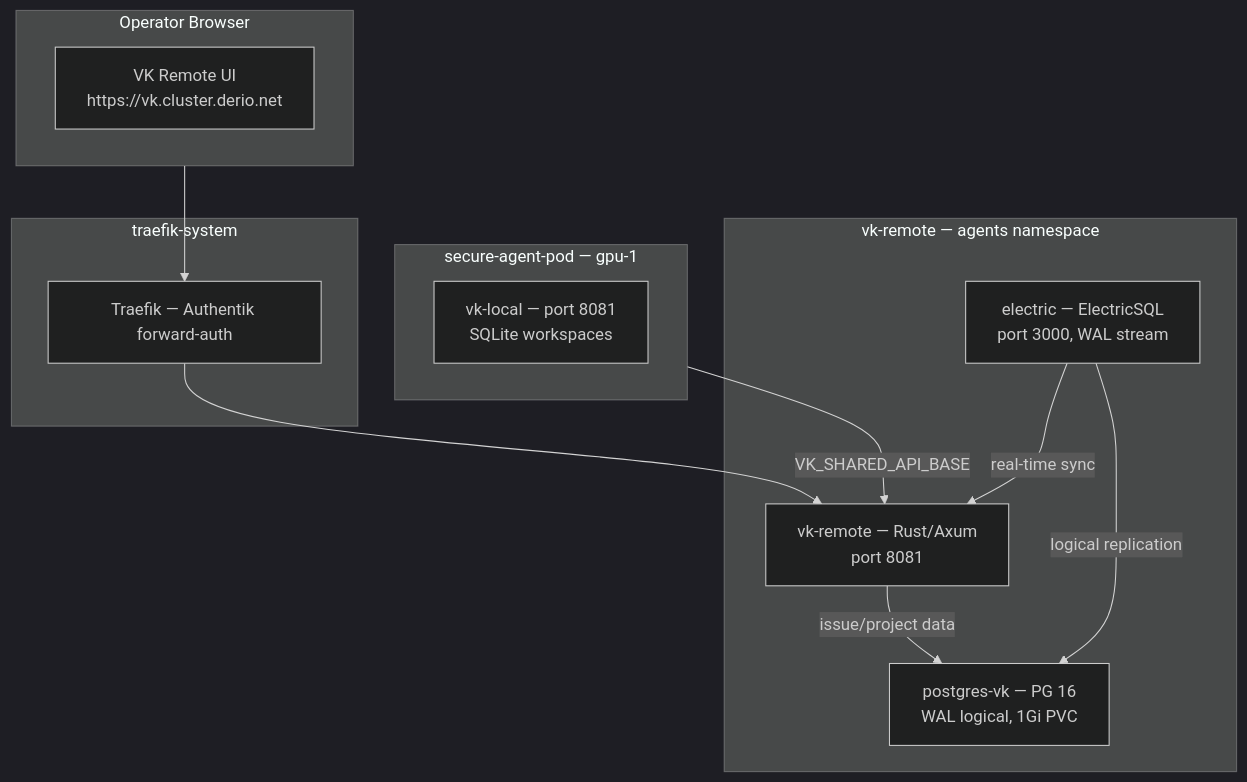
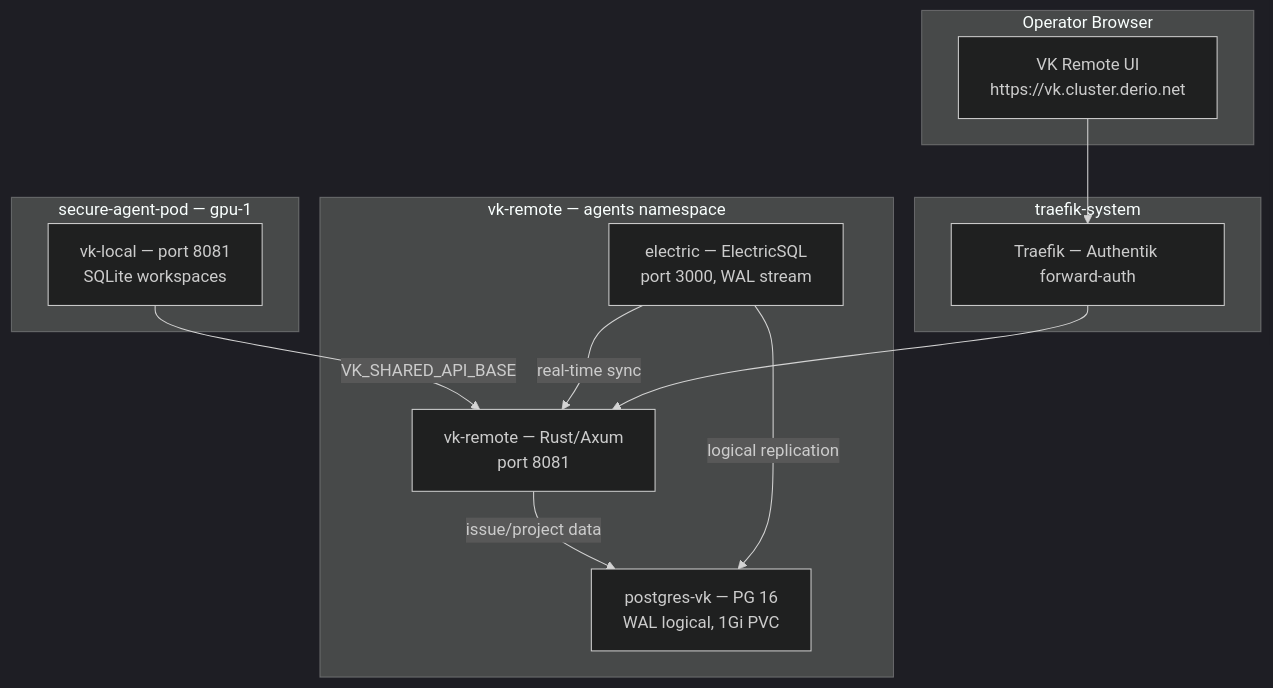
The diagram in blog/content/docs/building/26-vk-remote-self-host/index.md (derio-net/frank), drawn with Mermaid (dark theme) before and after one commit. The commit also changed other lines of this file and 52 other files, not shown here.

````diff
--- a/blog/content/docs/building/26-vk-remote-self-host/index.md
+++ b/blog/content/docs/building/26-vk-remote-self-host/index.md
@@ -21,23 +21,23 @@
 ```mermaid
 flowchart TD
   subgraph Agent[secure-agent-pod — gpu-1]
     VK[vk-local — port 8081<br/>SQLite workspaces]
   end
   subgraph VKRemote[vk-remote — agents namespace]
     API[vk-remote — Rust/Axum<br/>port 8081]
     PG[postgres-vk — PG 16<br/>WAL logical, 1Gi PVC]
     ES[electric — ElectricSQL<br/>port 3000, WAL stream]
   end
   subgraph Browser[Operator Browser]
     UI[VK Remote UI<br/>https://vk.cluster.derio.net]
   end
   subgraph Traefik[traefik-system]
     TR[Traefik — Authentik forward-auth]
   end
 
-  Agent -->|VK_SHARED_API_BASE| API
+  VK -->|VK_SHARED_API_BASE| API
   API -->|issue/project data| PG
   ES -->|logical replication| PG
   ES -->|real-time sync| API
-  Browser --> TR --> API
+  UI --> TR --> API
 ```
````
